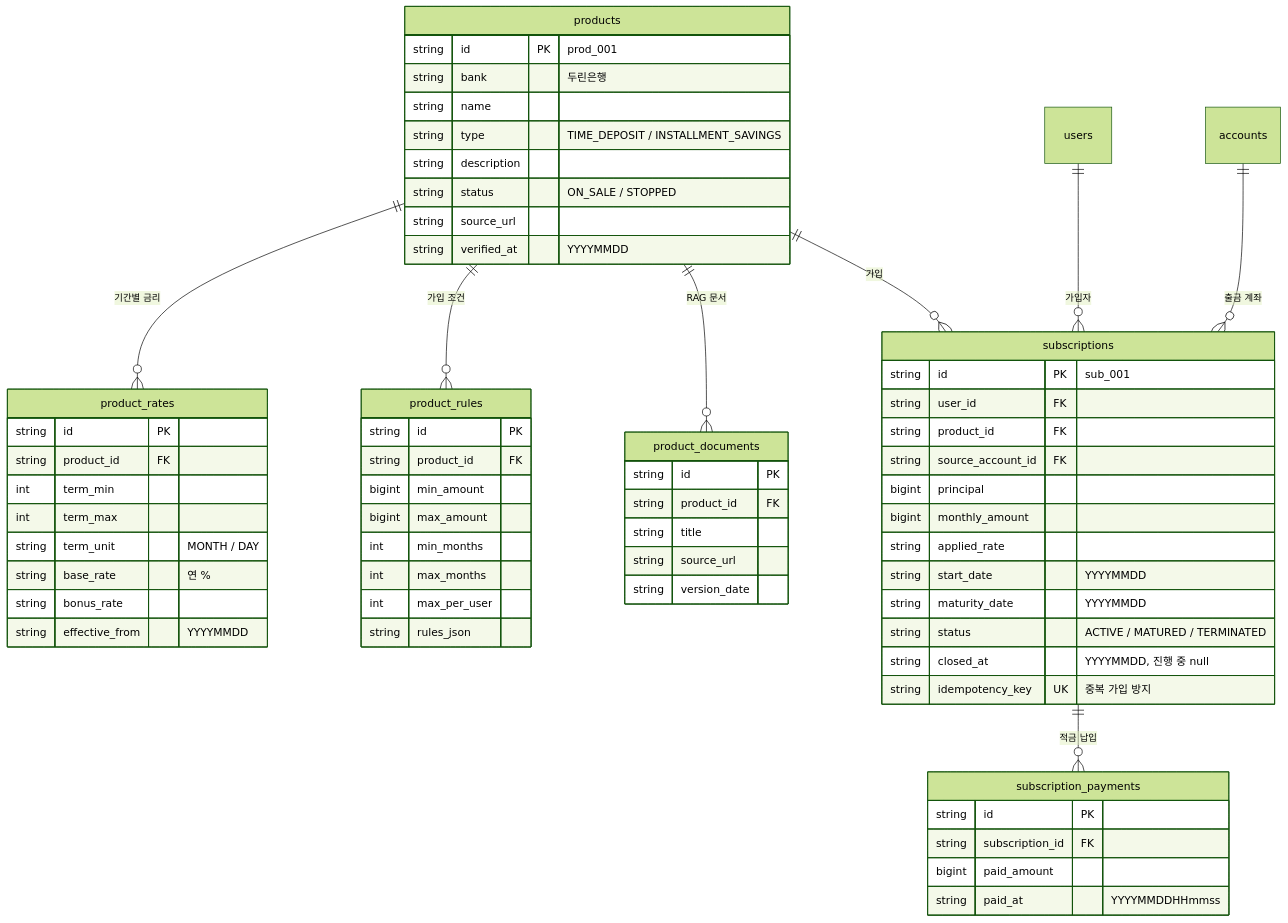
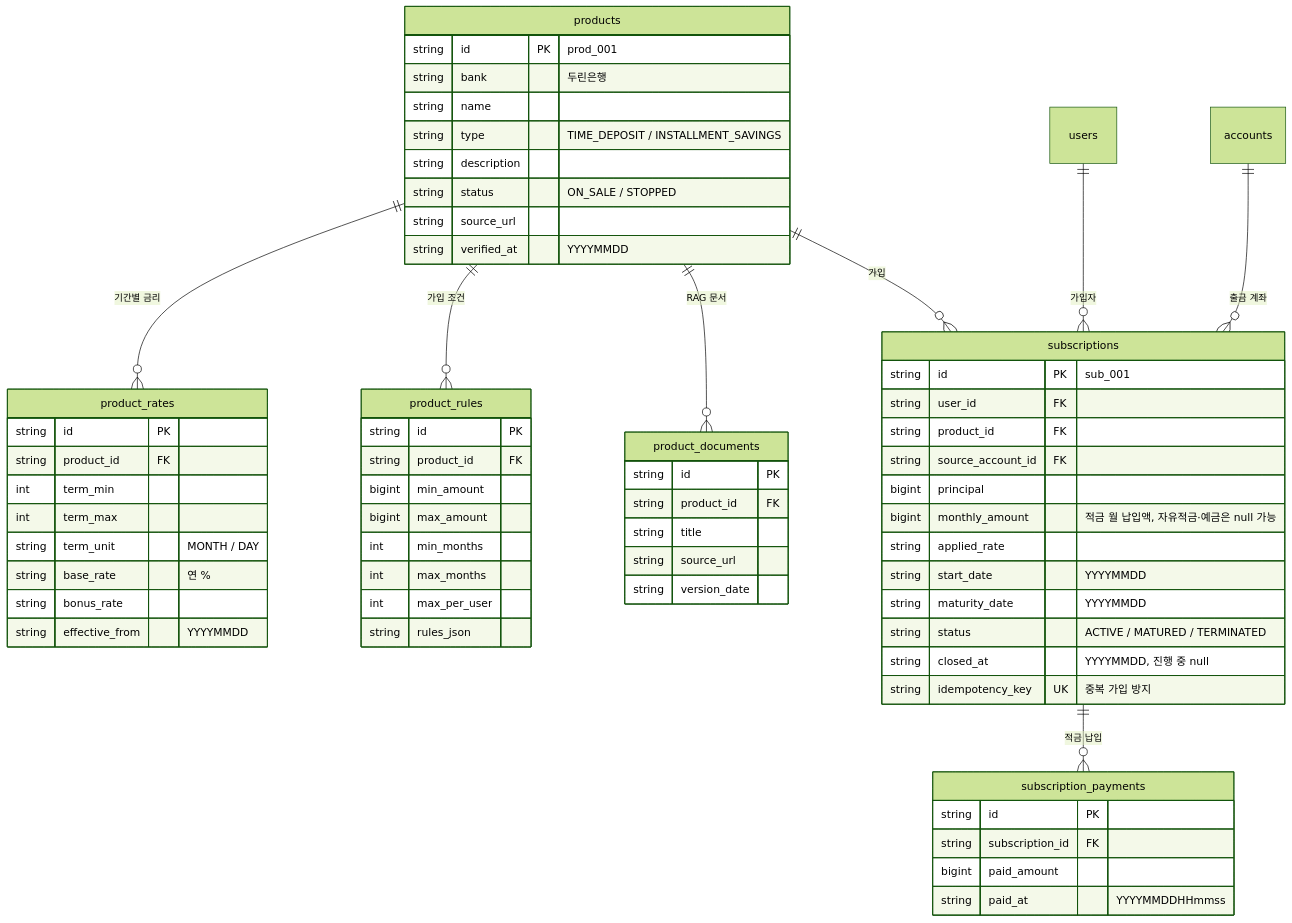
The fifth of 7 diagrams in docs/ERD.md (yellowgreenbean/midproject_ai_agent), drawn with Mermaid (forest theme) before and after one commit. The commit also changed other lines of this file and 14 other files, not shown here.

First line of the commit message:
기획서·ERD·흐름도·더미 데이터 대조 반영 (흐름도 1장으로 통합)

````diff
--- a/docs/ERD.md
+++ b/docs/ERD.md
@@ -354,68 +357,68 @@
 ```mermaid
 erDiagram
     products ||--o{ product_rates : "기간별 금리"
     products ||--o{ product_rules : "가입 조건"
     products ||--o{ product_documents : "RAG 문서"
     products ||--o{ subscriptions : "가입"
     users ||--o{ subscriptions : "가입자"
     accounts ||--o{ subscriptions : "출금 계좌"
     subscriptions ||--o{ subscription_payments : "적금 납입"
 
     products {
         string id PK "prod_001"
         string bank "두린은행"
         string name
         string type "TIME_DEPOSIT / INSTALLMENT_SAVINGS"
         string description
         string status "ON_SALE / STOPPED"
         string source_url
         string verified_at "YYYYMMDD"
     }
     product_rates {
         string id PK
         string product_id FK
         int term_min
         int term_max
         string term_unit "MONTH / DAY"
         string base_rate "연 %"
         string bonus_rate
         string effective_from "YYYYMMDD"
     }
     product_rules {
         string id PK
         string product_id FK
         bigint min_amount
         bigint max_amount
         int min_months
         int max_months
         int max_per_user
         string rules_json
     }
     subscriptions {
         string id PK "sub_001"
         string user_id FK
         string product_id FK
         string source_account_id FK
         bigint principal
-        bigint monthly_amount
+        bigint monthly_amount "적금 월 납입액, 자유적금·예금은 null 가능"
         string applied_rate
         string start_date "YYYYMMDD"
         string maturity_date "YYYYMMDD"
         string status "ACTIVE / MATURED / TERMINATED"
         string closed_at "YYYYMMDD, 진행 중 null"
         string idempotency_key UK "중복 가입 방지"
     }
     subscription_payments {
         string id PK
         string subscription_id FK
         bigint paid_amount
         string paid_at "YYYYMMDDHHmmss"
     }
     product_documents {
         string id PK
         string product_id FK
         string title
         string source_url
         string version_date
     }
 ```
````
